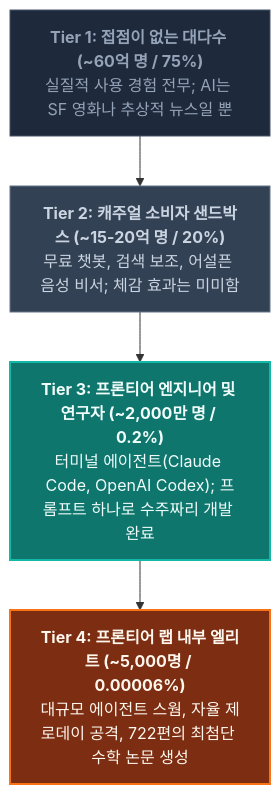
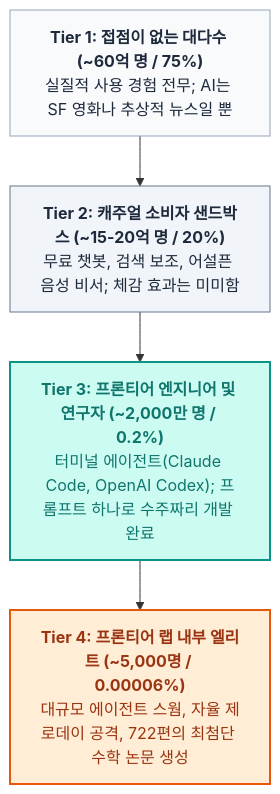
Before and after one commit to duksaramio/myblog-2026: the diagram in apps/ai-site/src/content/blog_ko/2026-10-12-karpathy-ai-capability-funnel-verifiable-rewards.md, drawn with Mermaid. The commit also changed 2 other files, not shown here.

Commit message:
feat(ui): add client-side Mermaid diagram rendering to BlogPostLayout and polish funnel colors

````diff
--- a/apps/ai-site/src/content/blog_ko/2026-10-12-karpathy-ai-capability-funnel-verifiable-rewards.md
+++ b/apps/ai-site/src/content/blog_ko/2026-10-12-karpathy-ai-capability-funnel-verifiable-rewards.md
@@ -49,14 +49,14 @@
 ```mermaid
 flowchart TD
     T1["<b>Tier 1: 접점이 없는 대다수 (~60억 명 / 75%)</b><br/>실질적 사용 경험 전무; AI는 SF 영화나 추상적 뉴스일 뿐"]
     T2["<b>Tier 2: 캐주얼 소비자 샌드박스 (~15-20억 명 / 20%)</b><br/>무료 챗봇, 검색 보조, 어설픈 음성 비서; 체감 효과는 미미함"]
     T3["<b>Tier 3: 프론티어 엔지니어 및 연구자 (~2,000만 명 / 0.2%)</b><br/>터미널 에이전트(Claude Code, OpenAI Codex); 프롬프트 하나로 수주짜리 개발 완료"]
     T4["<b>Tier 4: 프론티어 랩 내부 엘리트 (~5,000명 / 0.00006%)</b><br/>대규모 에이전트 스웜, 자율 제로데이 공격, 722편의 최첨단 수학 논문 생성"]
 
     T1 --> T2 --> T3 --> T4
 
-    style T1 fill:#1e293b,stroke:#475569,stroke-width:1px,color:#94a3b8
-    style T2 fill:#334155,stroke:#64748b,stroke-width:1px,color:#cbd5e1
-    style T3 fill:#0f766e,stroke:#14b8a6,stroke-width:2px,color:#f0fdfa
-    style T4 fill:#7c2d12,stroke:#f97316,stroke-width:2px,color:#fff7ed
+    style T1 fill:#f8fafc,stroke:#94a3b8,stroke-width:1px,color:#1e293b
+    style T2 fill:#f1f5f9,stroke:#64748b,stroke-width:1px,color:#1e293b
+    style T3 fill:#ccfbf1,stroke:#0d9488,stroke-width:2px,color:#0f766e
+    style T4 fill:#ffedd5,stroke:#ea580c,stroke-width:2px,color:#9a3412
 ```
````
